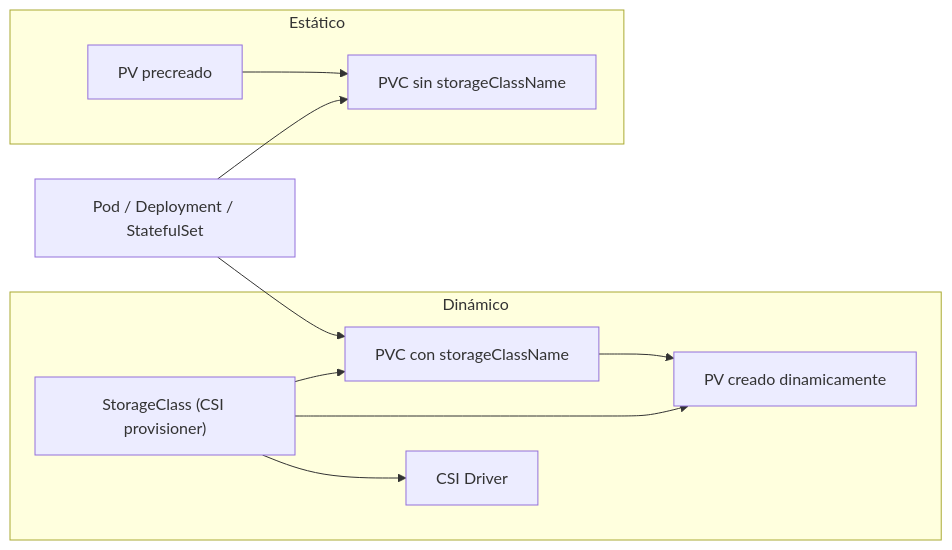
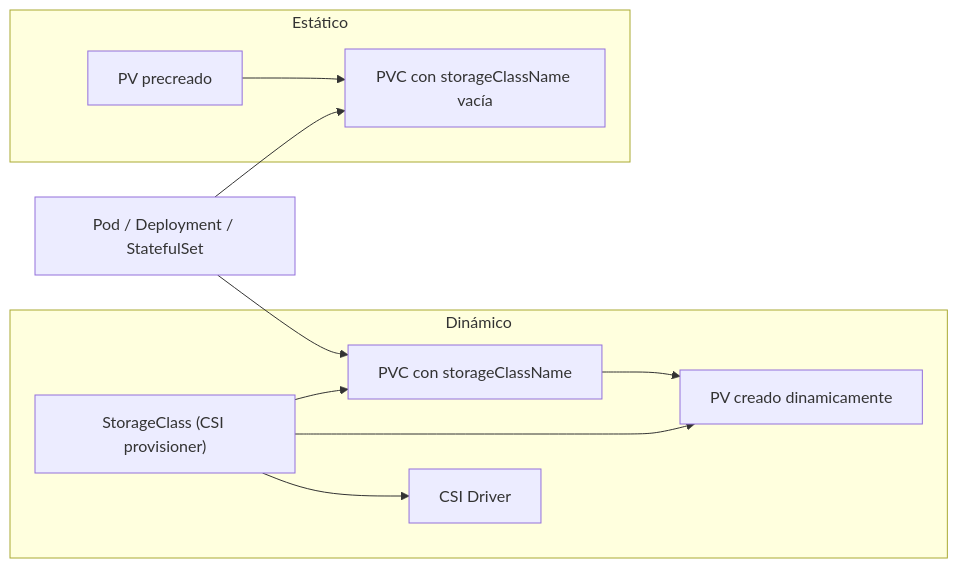
One commit to pabpereza/pabpereza changed the diagram in docs/cursos/kubernetes/115.Almacenamiento.md. Above: the diagram before and after it, drawn with Mermaid. The commit also changed other lines of this file and 26 other files, not shown here.

````diff
--- a/docs/cursos/kubernetes/115.Almacenamiento.md
+++ b/docs/cursos/kubernetes/115.Almacenamiento.md
@@ -70,19 +70,19 @@
 ```mermaid
 flowchart LR
   subgraph Dinamico [Dinámico]
     SC["StorageClass (CSI provisioner)"] --> PVCdynamico["PVC con storageClassName"]
     SC --> PVdynamico["PV creado dinamicamente"]
     SC --> CSI["CSI Driver"]
     PVCdynamico --> PVdynamico
   end
   subgraph Estatico [Estático]
-    PVestatico["PV precreado"] --> PVCestatico["PVC sin storageClassName"]
+    PVestatico["PV precreado"] --> PVCestatico["PVC con storageClassName vacía"]
   end
   Pod["Pod / Deployment / StatefulSet"] --> PVCestatico
   Pod --> PVCdynamico
 
   class PVestatico,PVdynamico pv
   class PVCestatico,PVCdynamico pvc
   class SC sc
   class CSI csi
 ```
````
